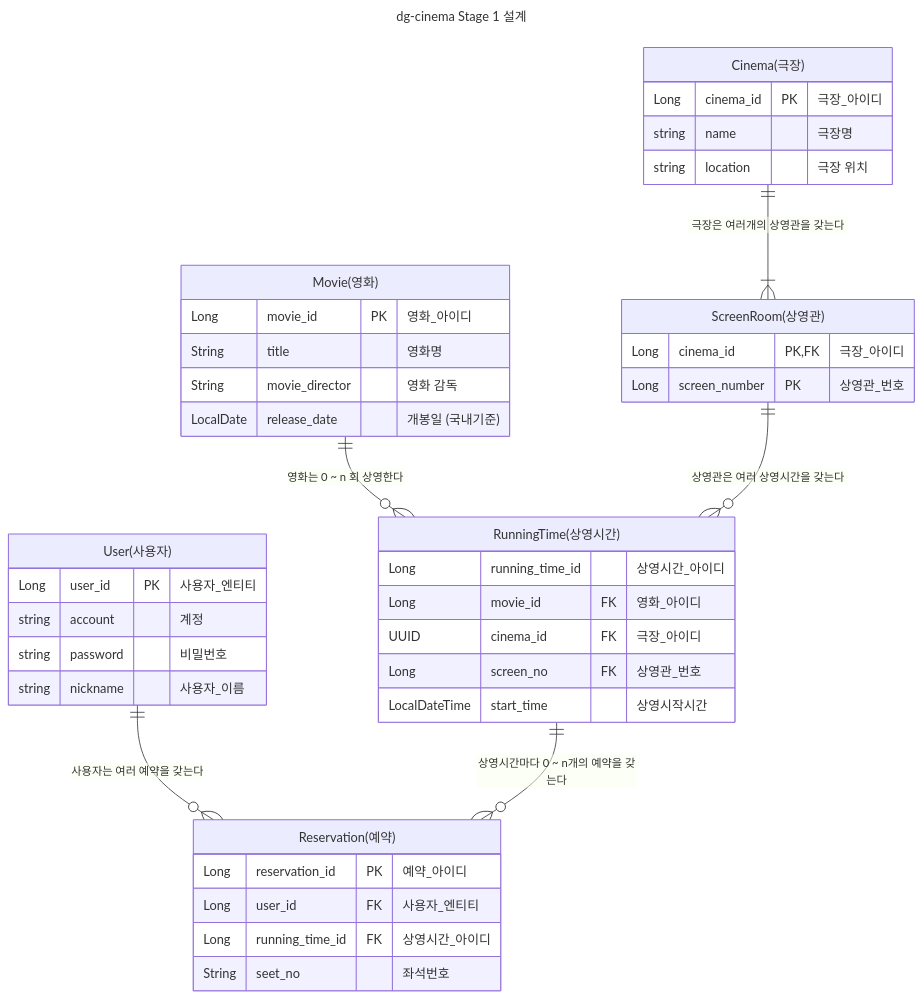
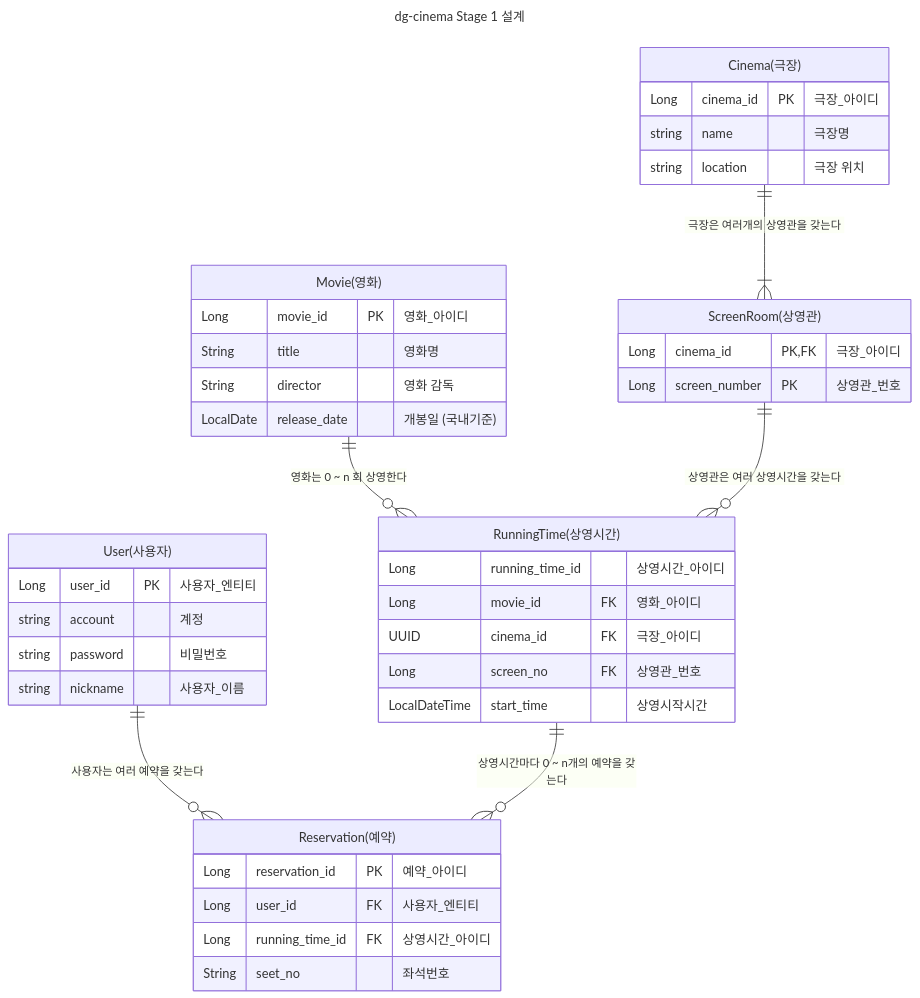
One commit to leesj8116/dg-cinema-backend changed the diagram in document/ENTITY.md. Above: the diagram before and after it, drawn with Mermaid. The commit also changed 5 other files, not shown here.

````diff
--- a/document/ENTITY.md
+++ b/document/ENTITY.md
@@ -5,50 +5,50 @@
 ```mermaid
 ---
 title: dg-cinema Stage 1 설계
 ---
 erDiagram
     "User(사용자)" {
         Long user_id PK "사용자_엔티티"
         string account "계정"
         string password "비밀번호"
         string nickname "사용자_이름"
     }
     "Movie(영화)" {
         Long movie_id PK "영화_아이디"
         String title "영화명"
-        String movie_director "영화 감독"
+        String director "영화 감독"
         LocalDate release_date "개봉일 (국내기준)"
     }
     "Cinema(극장)" {
         Long cinema_id PK "극장_아이디"
         string name "극장명"
         string location "극장 위치"
     }
 
     "ScreenRoom(상영관)" {
         Long cinema_id PK, FK "극장_아이디"
         Long screen_number PK "상영관_번호"
     }
 
     "Reservation(예약)" {
         Long reservation_id PK "예약_아이디"
         Long user_id FK "사용자_엔티티"
         Long running_time_id FK "상영시간_아이디"
         String seet_no "좌석번호"
     }
 
     "RunningTime(상영시간)" {
         Long running_time_id "상영시간_아이디"
         Long movie_id FK "영화_아이디"
         UUID cinema_id FK "극장_아이디"
         Long screen_no FK "상영관_번호"
         LocalDateTime start_time "상영시작시간"
     }
 
     "Movie(영화)" ||--o{ "RunningTime(상영시간)": "영화는 0 ~ n 회 상영한다"
     "ScreenRoom(상영관)" ||--o{ "RunningTime(상영시간)": "상영관은 여러 상영시간을 갖는다"
     "Cinema(극장)" ||--|{ "ScreenRoom(상영관)": "극장은 여러개의 상영관을 갖는다"
     "User(사용자)" ||--o{ "Reservation(예약)": "사용자는 여러 예약을 갖는다"
     "RunningTime(상영시간)" ||--o{ "Reservation(예약)": "상영시간마다 0 ~ n개의 예약을 갖는다"
 
 ```
````
